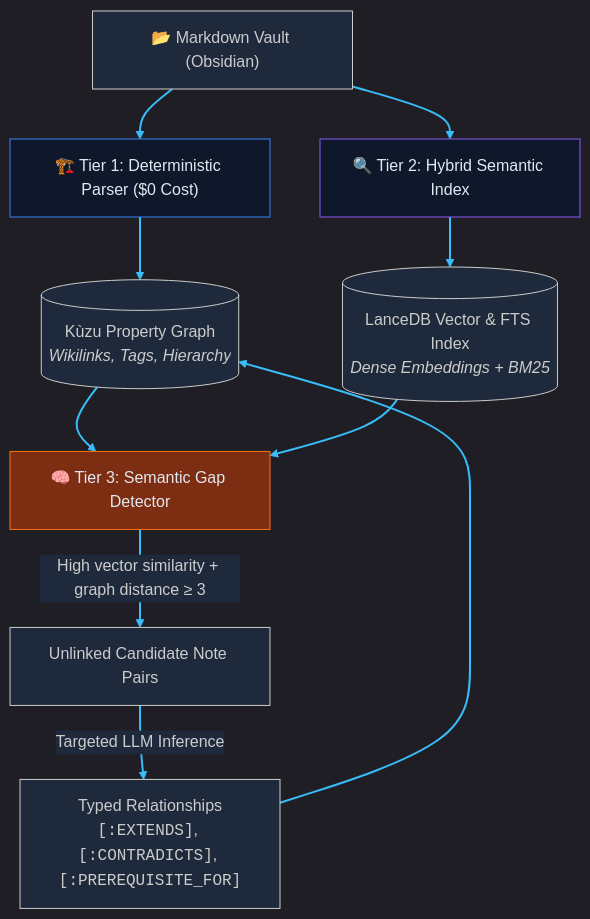
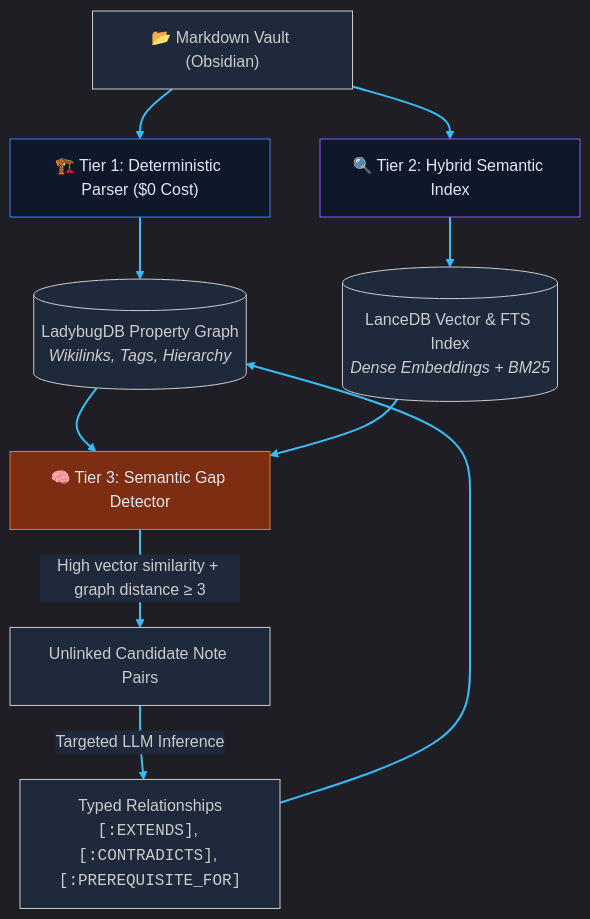
The diagram in README.md (dev-hashemi/pkmrag), drawn with Mermaid before and after one commit. The commit also changed other lines of this file and 3 other files, not shown here.

Commit message:
feat(core): switch in-process graph engine to ladybug (v0.0.1)

````diff
--- a/README.md
+++ b/README.md
@@ -13,22 +13,22 @@
 ```mermaid
 %%{init: {'theme': 'dark', 'themeVariables': { 'darkMode': true, 'background': 'transparent', 'mainBkg': '#1e293b', 'primaryColor': '#1e293b', 'primaryBorderColor': '#3b82f6', 'primaryTextColor': '#f8fafc', 'lineColor': '#38bdf8', 'edgeLabelBackground': '#1e293b' }}}%%
 flowchart TD
     Vault["📂 Markdown Vault (Obsidian)"]
 
     Vault --> T1["🏗️ Tier 1: Deterministic Parser ($0 Cost)"]
-    T1 --> BaseGraph[("Kùzu Property Graph<br/><i>Wikilinks, Tags, Hierarchy</i>")]
+    T1 --> BaseGraph[("LadybugDB Property Graph<br/><i>Wikilinks, Tags, Hierarchy</i>")]
 
     Vault --> T2["🔍 Tier 2: Hybrid Semantic Index"]
     T2 --> Lance[("LanceDB Vector & FTS Index<br/><i>Dense Embeddings + BM25</i>")]
 
     BaseGraph --> T3["🧠 Tier 3: Semantic Gap Detector"]
     Lance --> T3
     T3 -->|"High vector similarity + graph distance ≥ 3"| Candidates["Unlinked Candidate Note Pairs"]
     Candidates -->|"Targeted LLM Inference"| TypedEdges["Typed Relationships<br/><code>[:EXTENDS]</code>, <code>[:CONTRADICTS]</code>, <code>[:PREREQUISITE_FOR]</code>"]
     TypedEdges --> BaseGraph
 
     style T1 fill:#0f172a,stroke:#3b82f6,color:#e2e8f0
     style T2 fill:#0f172a,stroke:#8b5cf6,color:#e2e8f0
     style T3 fill:#7c2d12,stroke:#f97316,color:#e2e8f0
     linkStyle default stroke:#38bdf8,stroke-width:2px;
 ```
````
